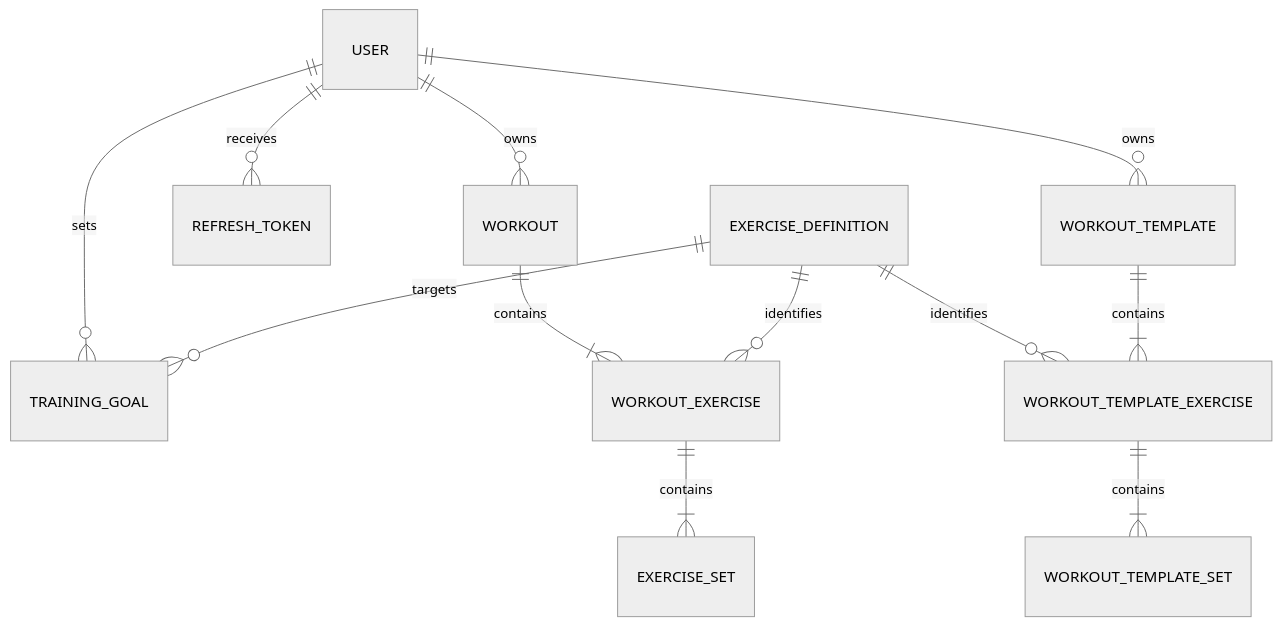
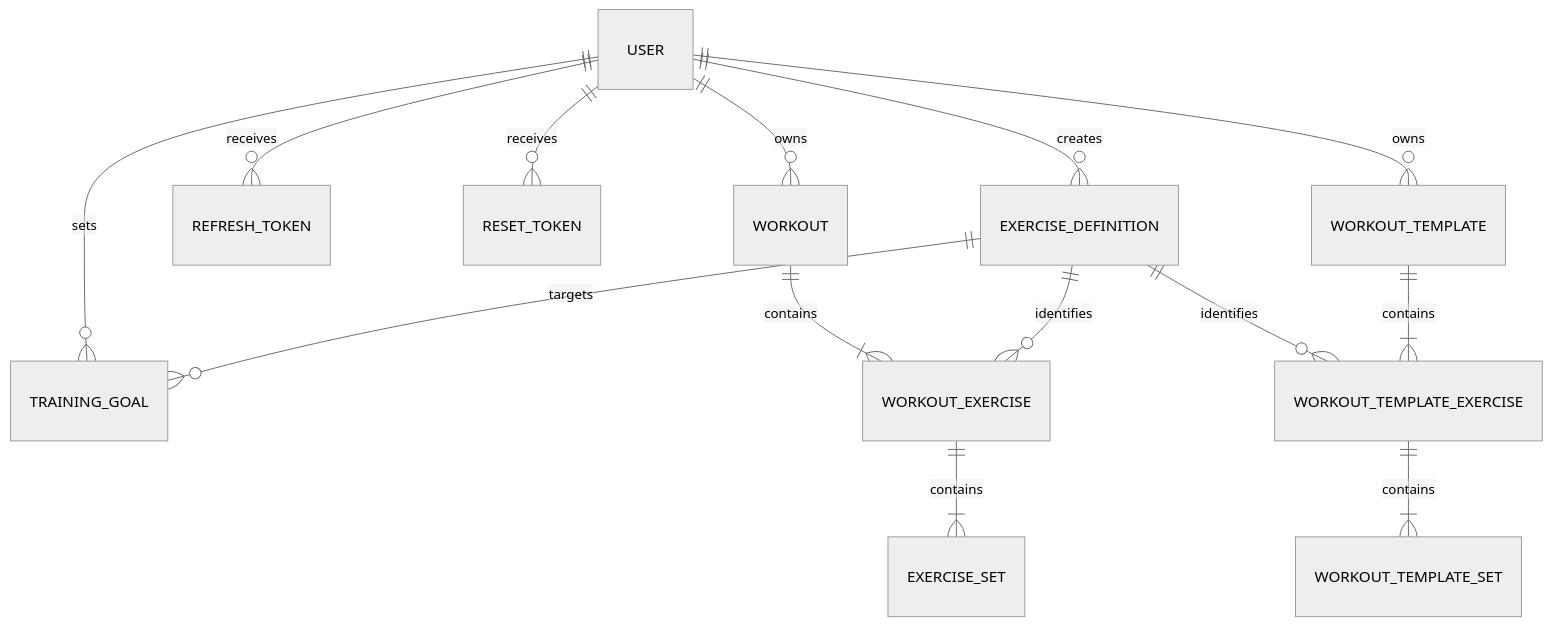
The diagram in README.md (cosmiinn75/fitness-tracker-api), drawn with Mermaid (neutral theme) before and after one commit. The commit also changed other lines of this file, not shown here.

````diff
--- a/README.md
+++ b/README.md
@@ -201,14 +449,19 @@
 ```mermaid
 erDiagram
     USER ||--o{ WORKOUT : owns
     USER ||--o{ REFRESH_TOKEN : receives
+    USER ||--o{ RESET_TOKEN : receives
     USER ||--o{ TRAINING_GOAL : sets
     USER ||--o{ WORKOUT_TEMPLATE : owns
+    USER ||--o{ EXERCISE_DEFINITION : creates
+
     WORKOUT ||--|{ WORKOUT_EXERCISE : contains
+    WORKOUT_EXERCISE ||--|{ EXERCISE_SET : contains
+
     EXERCISE_DEFINITION ||--o{ WORKOUT_EXERCISE : identifies
     EXERCISE_DEFINITION ||--o{ TRAINING_GOAL : targets
     EXERCISE_DEFINITION ||--o{ WORKOUT_TEMPLATE_EXERCISE : identifies
-    WORKOUT_EXERCISE ||--|{ EXERCISE_SET : contains
+
     WORKOUT_TEMPLATE ||--|{ WORKOUT_TEMPLATE_EXERCISE : contains
     WORKOUT_TEMPLATE_EXERCISE ||--|{ WORKOUT_TEMPLATE_SET : contains
 ```
````
